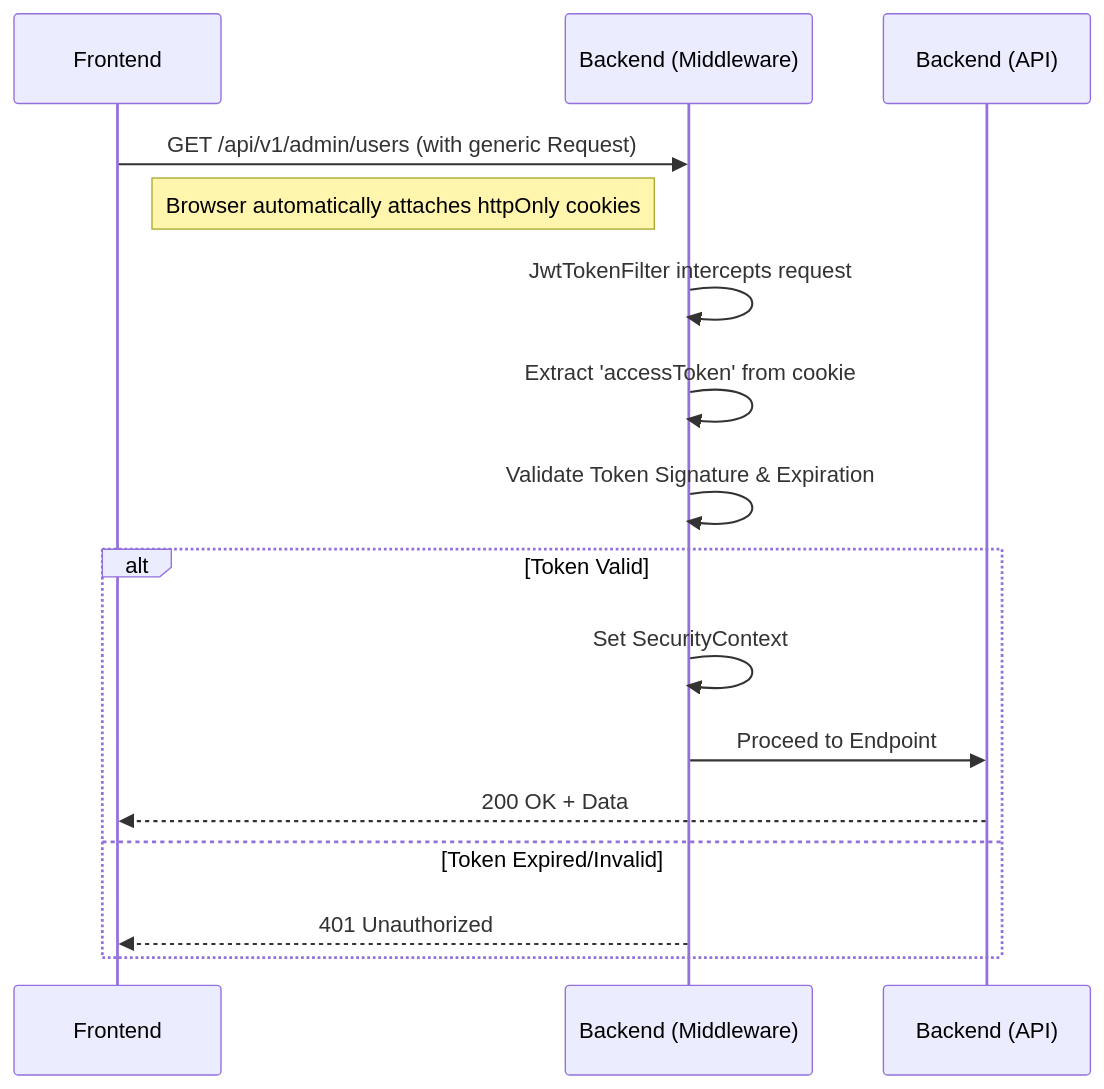
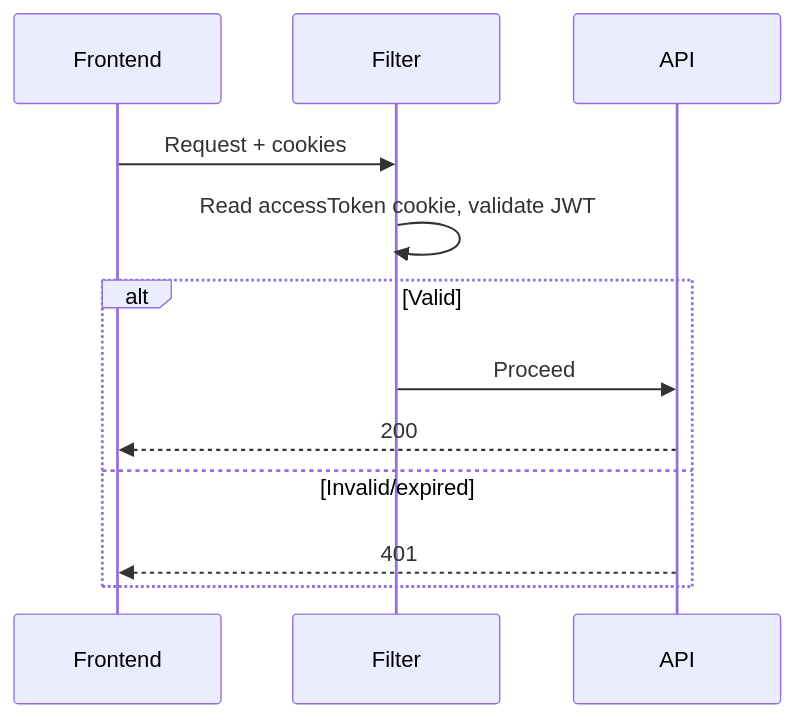
The second of 4 diagrams in docs/jwt-auth-flow.md (kazama679/project-showroom-porsche), drawn with Mermaid before and after one commit. The commit also changed other lines of this file and 316 other files, not shown here.

````diff
--- a/docs/jwt-auth-flow.md
+++ b/docs/jwt-auth-flow.md
@@ -36,20 +107,15 @@
 ```mermaid
 sequenceDiagram
     participant Frontend
-    participant Backend (Middleware)
-    participant Backend (API)
+    participant Filter
+    participant API
 
-    Frontend->>Backend (Middleware): GET /api/v1/admin/users (with generic Request)
-    Note right of Frontend: Browser automatically attaches httpOnly cookies
-    Backend (Middleware)->>Backend (Middleware): JwtTokenFilter intercepts request
-    Backend (Middleware)->>Backend (Middleware): Extract 'accessToken' from cookie
-    Backend (Middleware)->>Backend (Middleware): Validate Token Signature & Expiration
-    
-    alt Token Valid
-        Backend (Middleware)->>Backend (Middleware): Set SecurityContext
-        Backend (Middleware)->>Backend (API): Proceed to Endpoint
-        Backend (API)-->>Frontend: 200 OK + Data
-    else Token Expired/Invalid
-        Backend (Middleware)-->>Frontend: 401 Unauthorized
+    Frontend->>Filter: Request + cookies
+    Filter->>Filter: Read accessToken cookie, validate JWT
+    alt Valid
+        Filter->>API: Proceed
+        API-->>Frontend: 200
+    else Invalid/expired
+        API-->>Frontend: 401
     end
 ```
````
